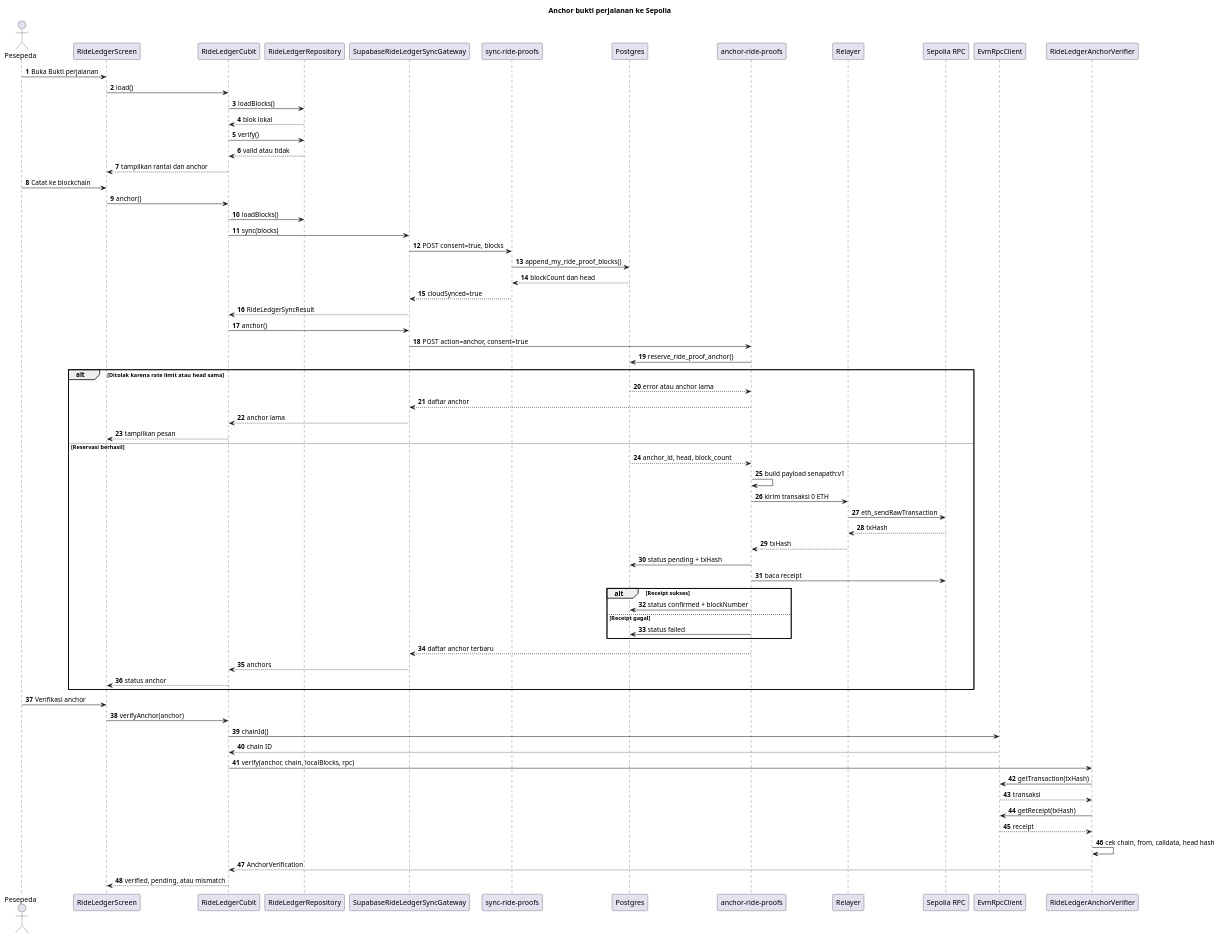
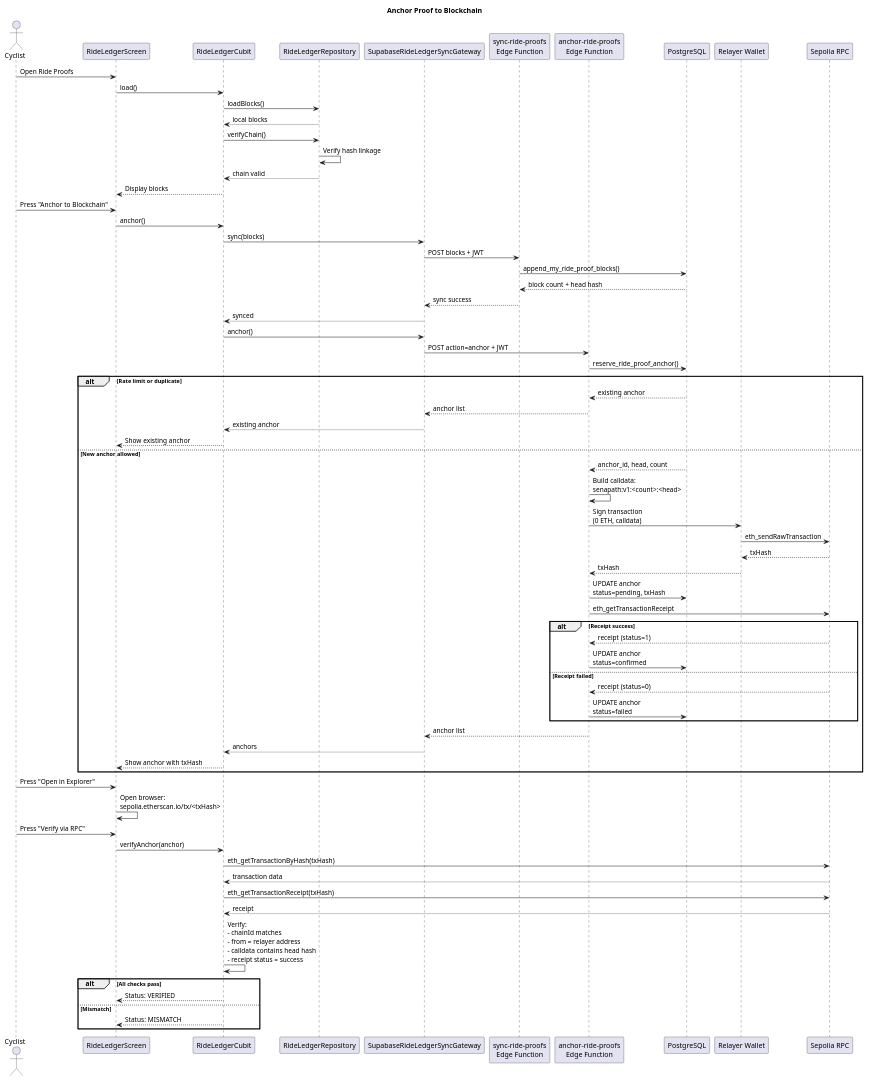
One commit to IvandryPage/senapath-app changed the sixth of 8 diagrams in docs/UML.md. Above: the diagram before and after it, drawn with PlantUML. The commit also changed other lines of this file and 119 other files, not shown here.

````diff
--- a/docs/UML.md
+++ b/docs/UML.md
@@ -673,77 +641,87 @@
 ```plantuml
 @startuml
-title Anchor bukti perjalanan ke Sepolia
-autonumber
+title Anchor Proof to Blockchain
 
-actor "Pesepeda" as User
+actor Cyclist
 participant "RideLedgerScreen" as UI
 participant "RideLedgerCubit" as Cubit
 participant "RideLedgerRepository" as Repo
 participant "SupabaseRideLedgerSyncGateway" as Gateway
-participant "sync-ride-proofs" as SyncFn
-participant "Postgres" as DB
-participant "anchor-ride-proofs" as AnchorFn
-participant "Relayer" as Relayer
+participant "sync-ride-proofs\nEdge Function" as SyncFn
+participant "anchor-ride-proofs\nEdge Function" as AnchorFn
+participant "PostgreSQL" as DB
+participant "Relayer Wallet" as Relayer
 participant "Sepolia RPC" as Chain
-participant "EvmRpcClient" as Rpc
-participant "RideLedgerAnchorVerifier" as Verifier
 
-User -> UI : Buka Bukti perjalanan
-UI -> Cubit : load()
-Cubit -> Repo : loadBlocks()
-Repo --> Cubit : blok lokal
-Cubit -> Repo : verify()
-Repo --> Cubit : valid atau tidak
-Cubit --> UI : tampilkan rantai dan anchor
+Cyclist -> UI: Open Ride Proofs
+UI -> Cubit: load()
+Cubit -> Repo: loadBlocks()
+Repo --> Cubit: local blocks
+Cubit -> Repo: verifyChain()
+Repo -> Repo: Verify hash linkage
+Repo --> Cubit: chain valid
+Cubit --> UI: Display blocks
 
-User -> UI : Catat ke blockchain
-UI -> Cubit : anchor()
-Cubit -> Repo : loadBlocks()
-Cubit -> Gateway : sync(blocks)
-Gateway -> SyncFn : POST consent=true, blocks
-SyncFn -> DB : append_my_ride_proof_blocks()
-DB --> SyncFn : blockCount dan head
-SyncFn --> Gateway : cloudSynced=true
-Gateway --> Cubit : RideLedgerSyncResult
+Cyclist -> UI: Press "Anchor to Blockchain"
+UI -> Cubit: anchor()
 
-Cubit -> Gateway : anchor()
-Gateway -> AnchorFn : POST action=anchor, consent=true
-AnchorFn -> DB : reserve_ride_proof_anchor()
-alt Ditolak karena rate limit atau head sama
-  DB --> AnchorFn : error atau anchor lama
-  AnchorFn --> Gateway : daftar anchor
-  Gateway --> Cubit : anchor lama
-  Cubit --> UI : tampilkan pesan
-else Reservasi berhasil
-  DB --> AnchorFn : anchor_id, head, block_count
-  AnchorFn -> AnchorFn : build payload senapath:v1
-  AnchorFn -> Relayer : kirim transaksi 0 ETH
-  Relayer -> Chain : eth_sendRawTransaction
-  Chain --> Relayer : txHash
-  Relayer --> AnchorFn : txHash
-  AnchorFn -> DB : status pending + txHash
-  AnchorFn -> Chain : baca receipt
-  alt Receipt sukses
-    AnchorFn -> DB : status confirmed + blockNumber
-  else Receipt gagal
-    AnchorFn -> DB : status failed
+Cubit -> Gateway: sync(blocks)
+Gateway -> SyncFn: POST blocks + JWT
+SyncFn -> DB: append_my_ride_proof_blocks()
+DB --> SyncFn: block count + head hash
+SyncFn --> Gateway: sync success
+Gateway --> Cubit: synced
+
+Cubit -> Gateway: anchor()
+Gateway -> AnchorFn: POST action=anchor + JWT
+AnchorFn -> DB: reserve_ride_proof_anchor()
+
+alt Rate limit or duplicate
+  DB --> AnchorFn: existing anchor
+  AnchorFn --> Gateway: anchor list
+  Gateway --> Cubit: existing anchor
+  Cubit --> UI: Show existing anchor
+else New anchor allowed
+  DB --> AnchorFn: anchor_id, head, count
+  AnchorFn -> AnchorFn: Build calldata:\nsenapath:v1:<count>:<head>
+  AnchorFn -> Relayer: Sign transaction\n(0 ETH, calldata)
+  Relayer -> Chain: eth_sendRawTransaction
+  Chain --> Relayer: txHash
+  Relayer --> AnchorFn: txHash
+  
+  AnchorFn -> DB: UPDATE anchor\nstatus=pending, txHash
+  
+  AnchorFn -> Chain: eth_getTransactionReceipt
+  alt Receipt success
+    Chain --> AnchorFn: receipt (status=1)
+    AnchorFn -> DB: UPDATE anchor\nstatus=confirmed
+  else Receipt failed
+    Chain --> AnchorFn: receipt (status=0)
+    AnchorFn -> DB: UPDATE anchor\nstatus=failed
   end
-  AnchorFn --> Gateway : daftar anchor terbaru
-  Gateway --> Cubit : anchors
-  Cubit --> UI : status anchor
+  
+  AnchorFn --> Gateway: anchor list
+  Gateway --> Cubit: anchors
+  Cubit --> UI: Show anchor with txHash
 end
 
-User -> UI : Verifikasi anchor
-UI -> Cubit : verifyAnchor(anchor)
-Cubit -> Rpc : chainId()
-Rpc --> Cubit : chain ID
-Cubit -> Verifier : verify(anchor, chain, localBlocks, rpc)
-Verifier -> Rpc : getTransaction(txHash)
-Rpc --> Verifier : transaksi
-Verifier -> Rpc : getReceipt(txHash)
-Rpc --> Verifier : receipt
-Verifier -> Verifier : cek chain, from, calldata, head hash
-Verifier --> Cubit : AnchorVerification
-Cubit --> UI : verified, pending, atau mismatch
+Cyclist -> UI: Press "Open in Explorer"
+UI -> UI: Open browser:\nsepolia.etherscan.io/tx/<txHash>
+
+Cyclist -> UI: Press "Verify via RPC"
+UI -> Cubit: verifyAnchor(anchor)
+Cubit -> Chain: eth_getTransactionByHash(txHash)
+Chain --> Cubit: transaction data
+Cubit -> Chain: eth_getTransactionReceipt(txHash)
+Chain --> Cubit: receipt
+
+Cubit -> Cubit: Verify:\n- chainId matches\n- from = relayer address\n- calldata contains head hash\n- receipt status = success
+
+alt All checks pass
+  Cubit --> UI: Status: VERIFIED
+else Mismatch
+  Cubit --> UI: Status: MISMATCH
+end
+
 @enduml
 ```
````
